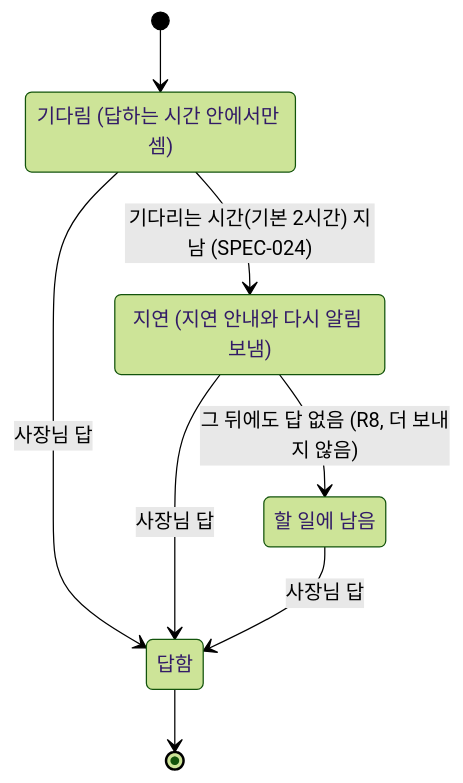
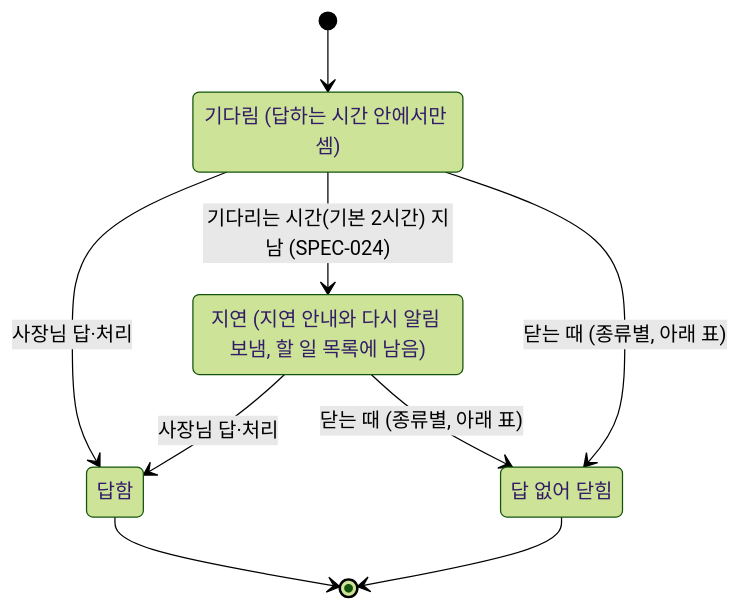
One commit to kodonghui/siljang.ai changed the seventh of 8 diagrams in docs/04-functional-spec/spec.md. Above: the diagram before and after it, drawn with Mermaid (forest theme). The commit also changed other lines of this file and 13 other files, not shown here.

````diff
--- a/docs/04-functional-spec/spec.md
+++ b/docs/04-functional-spec/spec.md
@@ -198,14 +213,15 @@
 ```mermaid
 stateDiagram-v2
   state "기다림 (답하는 시간 안에서만 셈)" as waiting
-  state "지연 (지연 안내와 다시 알림 보냄)" as late
-  state "할 일에 남음" as parked
+  state "지연 (지연 안내와 다시 알림 보냄, 할 일 목록에 남음)" as late
   state "답함" as answered
+  state "답 없어 닫힘" as closed
   [*] --> waiting
-  waiting --> answered: 사장님 답
+  waiting --> answered: 사장님 답·처리
   waiting --> late: 기다리는 시간(기본 2시간) 지남 (SPEC-024)
-  late --> answered: 사장님 답
-  late --> parked: 그 뒤에도 답 없음 (R8, 더 보내지 않음)
-  parked --> answered: 사장님 답
+  late --> answered: 사장님 답·처리
+  waiting --> closed: 닫는 때 (종류별, 아래 표)
+  late --> closed: 닫는 때 (종류별, 아래 표)
   answered --> [*]
+  closed --> [*]
 ```
````
